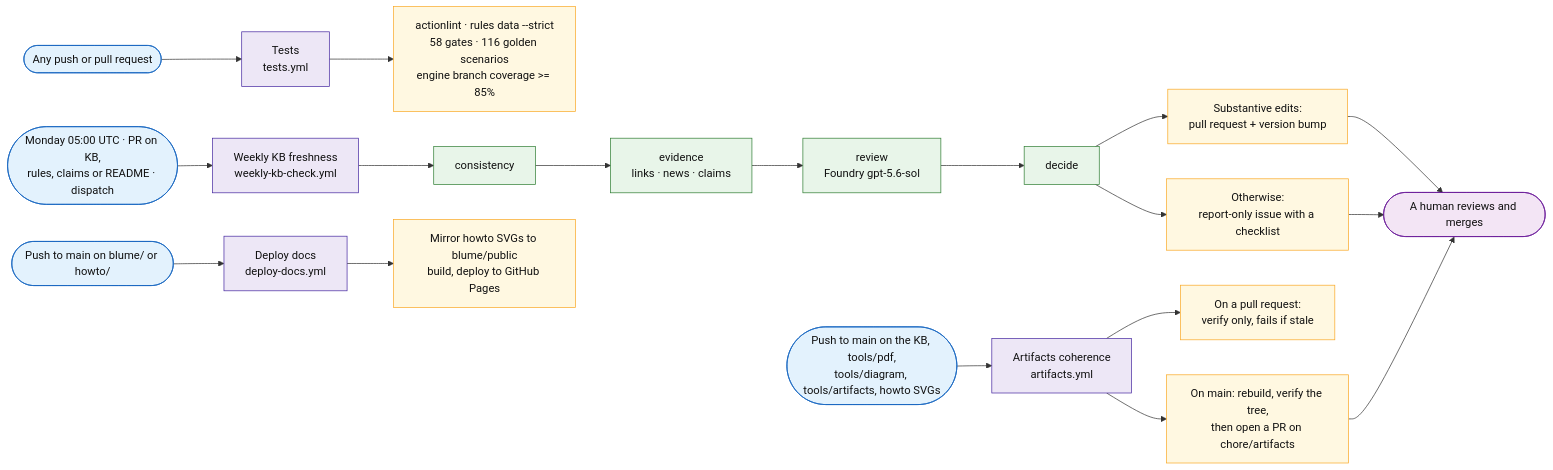
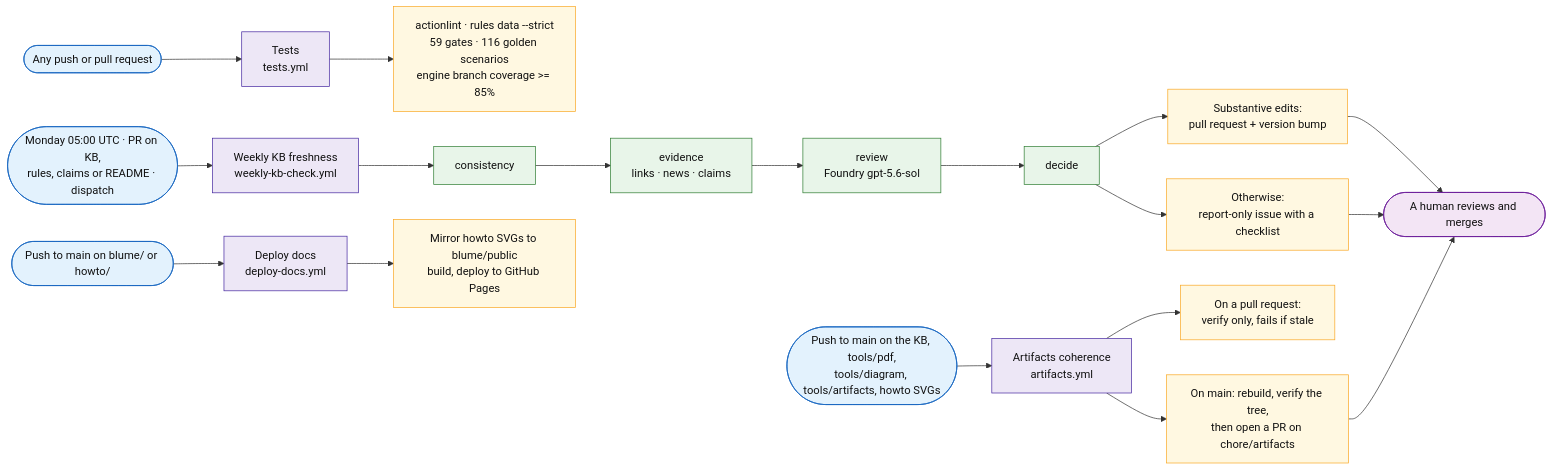
Before and after one commit to fredgis/sql-migration-advisor: the sixth of 6 diagrams in docs/sql-migration-advisor-developer-pitch.md, drawn with Mermaid. The commit also changed 17 other files, not shown here.

````diff
--- a/docs/sql-migration-advisor-developer-pitch.md
+++ b/docs/sql-migration-advisor-developer-pitch.md
@@ -991,33 +991,33 @@
 ```mermaid
 flowchart LR
     G1([Any push or pull request]) --> W1[Tests<br/>tests.yml]
     G2([Monday 05:00 UTC · PR on KB,<br/>rules, claims or README · dispatch]) --> W2[Weekly KB freshness<br/>weekly-kb-check.yml]
     G3([Push to main on the KB, tools/pdf,<br/>tools/diagram, tools/artifacts, howto SVGs]) --> W3[Artifacts coherence<br/>artifacts.yml]
     G4([Push to main on blume/ or howto/]) --> W4[Deploy docs<br/>deploy-docs.yml]
 
-    W1 --> O1[actionlint · rules data --strict<br/>58 gates · 116 golden scenarios<br/>engine branch coverage >= 85%]
+    W1 --> O1[actionlint · rules data --strict<br/>59 gates · 116 golden scenarios<br/>engine branch coverage >= 85%]
 
     W2 --> C1[consistency] --> C2[evidence<br/>links · news · claims] --> C3[review<br/>Foundry gpt-5.6-sol] --> C4[decide]
     C4 --> O2a[Substantive edits:<br/>pull request + version bump]
     C4 --> O2b[Otherwise:<br/>report-only issue with a checklist]
 
     W3 --> O3a[On a pull request:<br/>verify only, fails if stale]
     W3 --> O3b[On main: rebuild, verify the tree,<br/>then open a PR on chore/artifacts]
 
     W4 --> O4[Mirror howto SVGs to blume/public<br/>build, deploy to GitHub Pages]
 
     O2a --> H([A human reviews and merges])
     O2b --> H
     O3b --> H
 
     classDef trig fill:#e3f2fd,stroke:#1565c0,color:#111
     classDef flow fill:#ede7f6,stroke:#4527a0,color:#111
     classDef step fill:#e8f5e9,stroke:#2e7d32,color:#111
     classDef out fill:#fff8e1,stroke:#f9a825,color:#111
     classDef human fill:#f3e5f5,stroke:#6a1b9a,color:#111
     class G1,G2,G3,G4 trig
     class W1,W2,W3,W4 flow
     class C1,C2,C3,C4 step
     class O1,O2a,O2b,O3a,O3b,O4 out
     class H human
 ```
````
